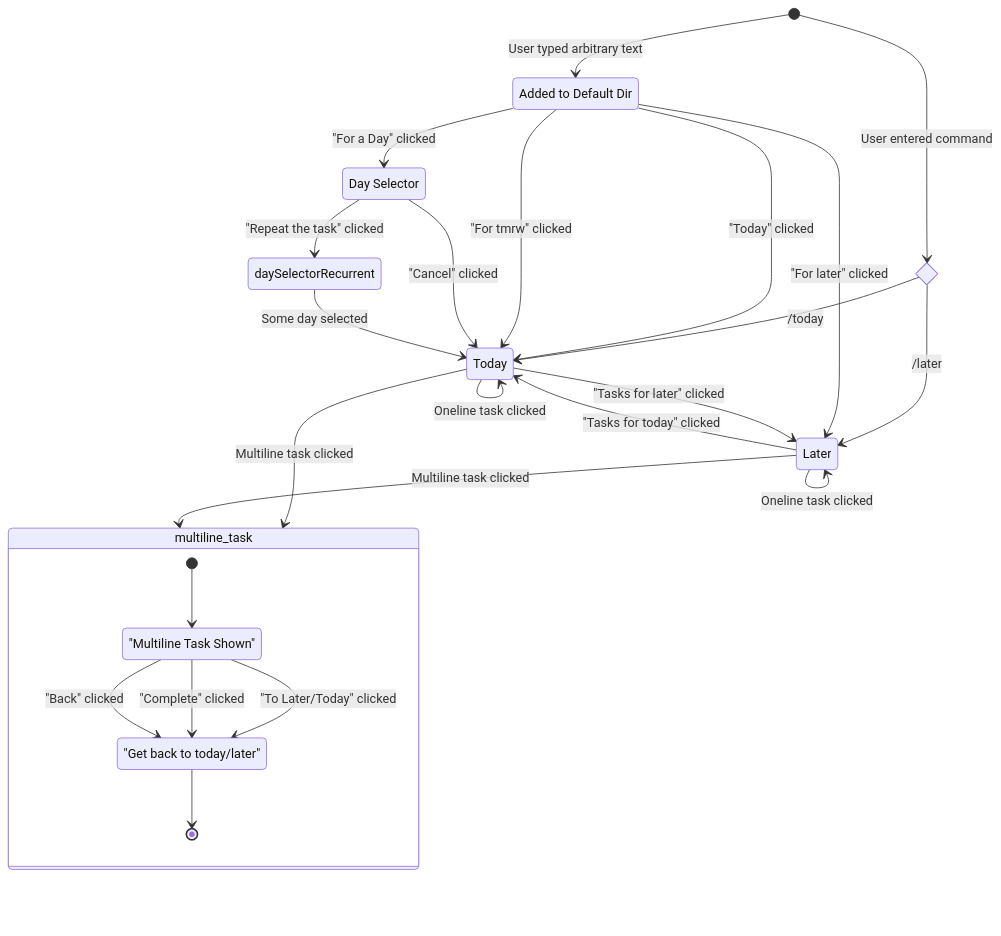
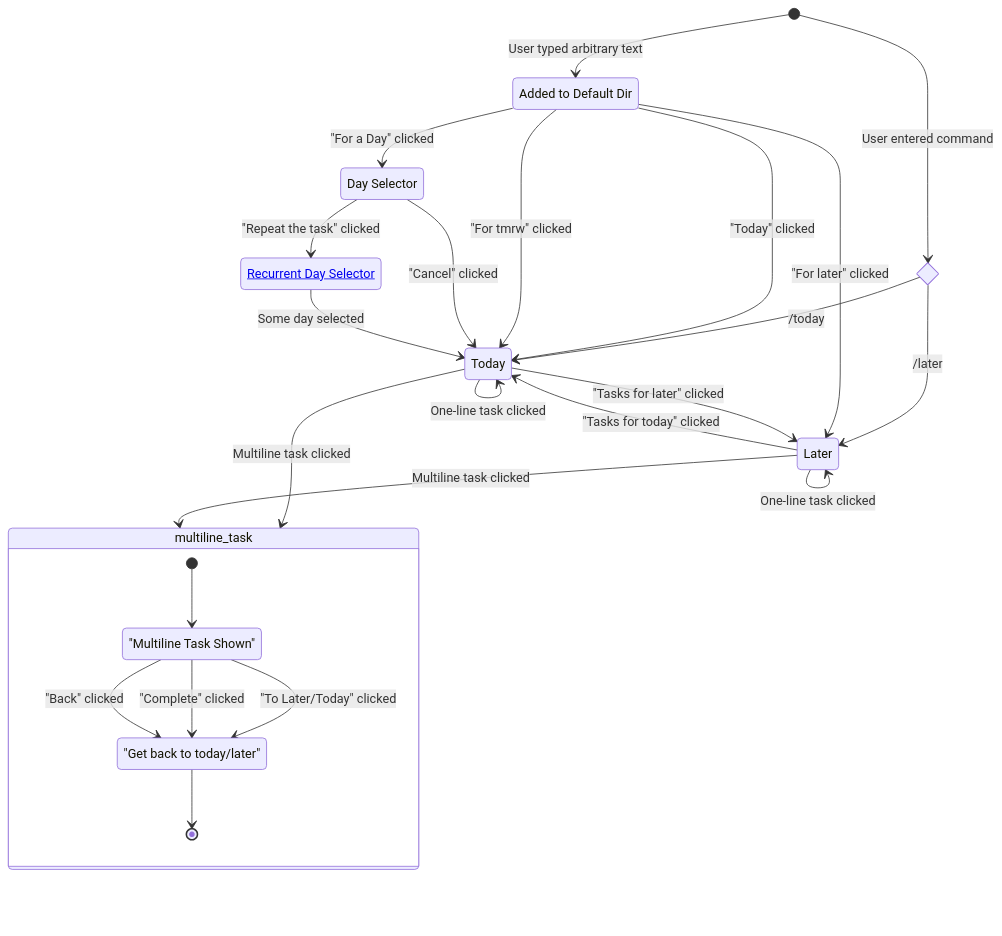
The diagram in docs/state_machine.md (midastruth/files.md), drawn with Mermaid before and after one commit. The commit also changed 1 other file, not shown here.

Commit message:
link in mermaid diagram

````diff
--- a/docs/state_machine.md
+++ b/docs/state_machine.md
@@ -6,38 +6,39 @@
 ```mermaid
 stateDiagram    
     added: Added to Default Dir
     daySelectorOnce: Day Selector
+    daySelectorRecurrent: <a href="state_machine.md">Recurrent Day Selector</a>
     today: Today 
     later: Later
     state cmdType <<choice>>
 
     [*] --> added : User typed arbitrary text
     [*] --> cmdType  : User entered command
 
     cmdType --> later : /later
     cmdType --> today : /today
     added --> daySelectorOnce : "For a Day" clicked
     added --> today : "Today" clicked
     added --> today : "For tmrw" clicked
     added --> later : "For later" clicked
     daySelectorOnce --> daySelectorRecurrent : "Repeat the task" clicked
     daySelectorOnce --> today : "Cancel" clicked
     daySelectorRecurrent --> today : Some day selected
 
     later --> today : "Tasks for today" clicked
     today --> later : "Tasks for later" clicked
-    today --> today : Oneline task clicked
-    later --> later : Oneline task clicked
+    today --> today : One-line task clicked
+    later --> later : One-line task clicked
     today  --> multiline_task : Multiline task clicked
     later --> multiline_task : Multiline task clicked
 
     state multiline_task {
         ml: "Multiline Task Shown"
         back: "Get back to today/later"
         [*] --> ml
         ml --> back : "Back" clicked
         ml --> back : "Complete" clicked
         ml --> back : "To Later/Today" clicked
         back --> [*]
     }
 ```
````
